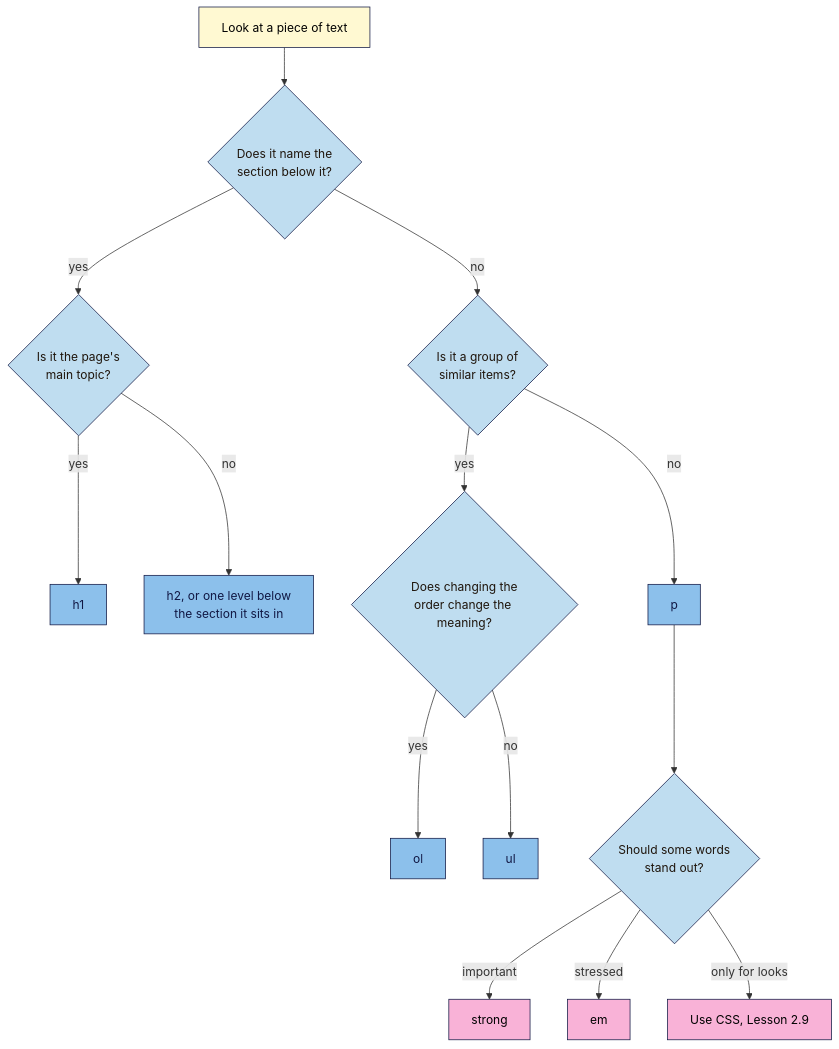
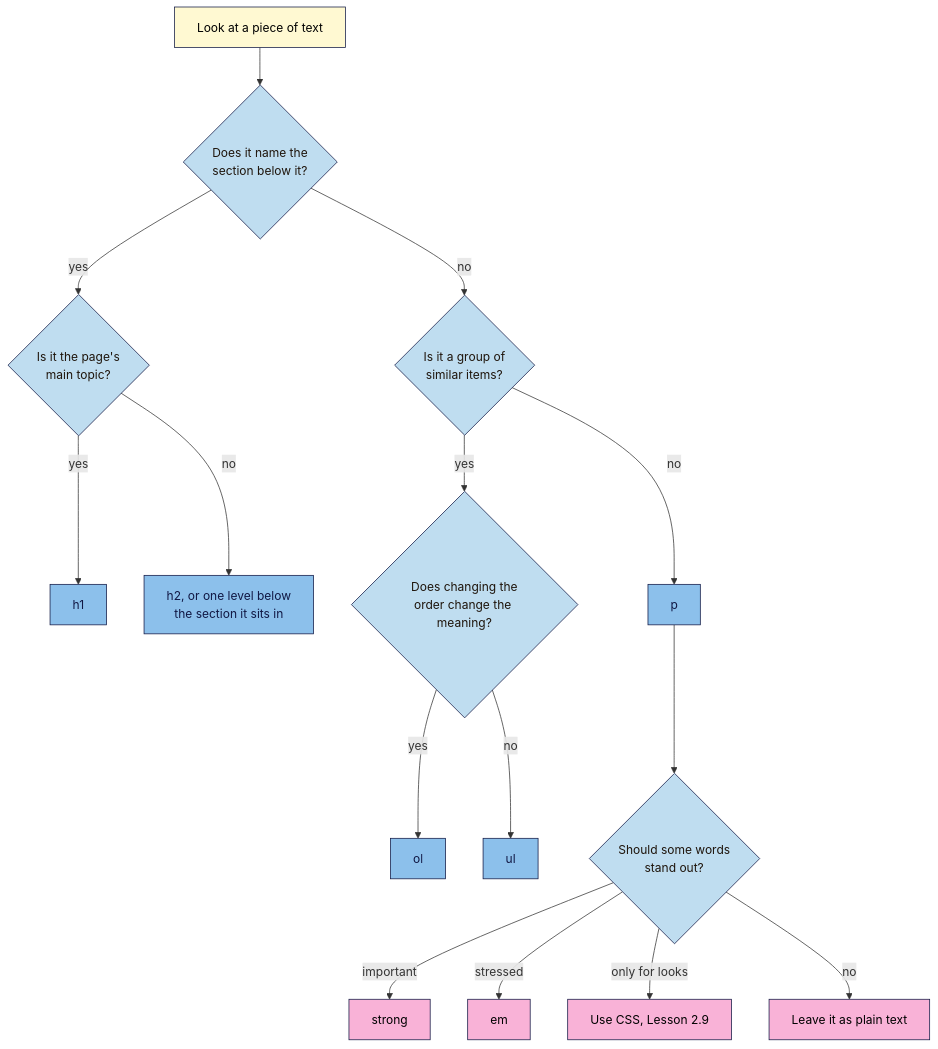
The diagram in seo-101/lessons/m02-l04-formatting-text.md (neps-in/courses-101), drawn with Mermaid before and after one commit. The commit also changed other lines of this file and 2 other files, not shown here.

````diff
--- a/seo-101/lessons/m02-l04-formatting-text.md
+++ b/seo-101/lessons/m02-l04-formatting-text.md
@@ -83,22 +85,23 @@
 ```mermaid
 flowchart TD
   %% alt: Choosing a text element: section titles are headings, groups are lists, sentences are paragraphs; words inside get strong, em or plain CSS.
   A[Look at a piece of text]:::cream --> B{Does it name the<br/>section below it?}:::sky
   B -- yes --> C{Is it the page's<br/>main topic?}:::sky
   C -- yes --> D[h1]:::blue
   C -- no --> E[h2, or one level below<br/>the section it sits in]:::blue
   B -- no --> F{Is it a group of<br/>similar items?}:::sky
   F -- yes --> G{Does changing the<br/>order change the meaning?}:::sky
   G -- yes --> H[ol]:::blue
   G -- no --> I[ul]:::blue
   F -- no --> J[p]:::blue
   J --> K{Should some words<br/>stand out?}:::sky
   K -- important --> L[strong]:::pink
   K -- stressed --> M[em]:::pink
   K -- only for looks --> N[Use CSS, Lesson 2.9]:::pink
+  K -- no --> O[Leave it as plain text]:::pink
 
   classDef cream fill:#FFF9D2,color:#000000,stroke:#111844
   classDef sky   fill:#BFDDF0,color:#1F150C,stroke:#111844
   classDef blue  fill:#8CC0EB,color:#111844,stroke:#111844
   classDef pink  fill:#F9B2D7,color:#000000,stroke:#111844
 ```
````
